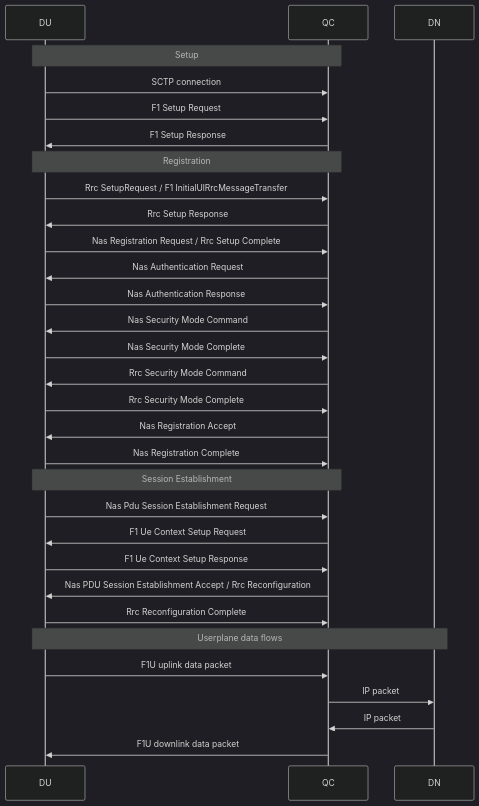
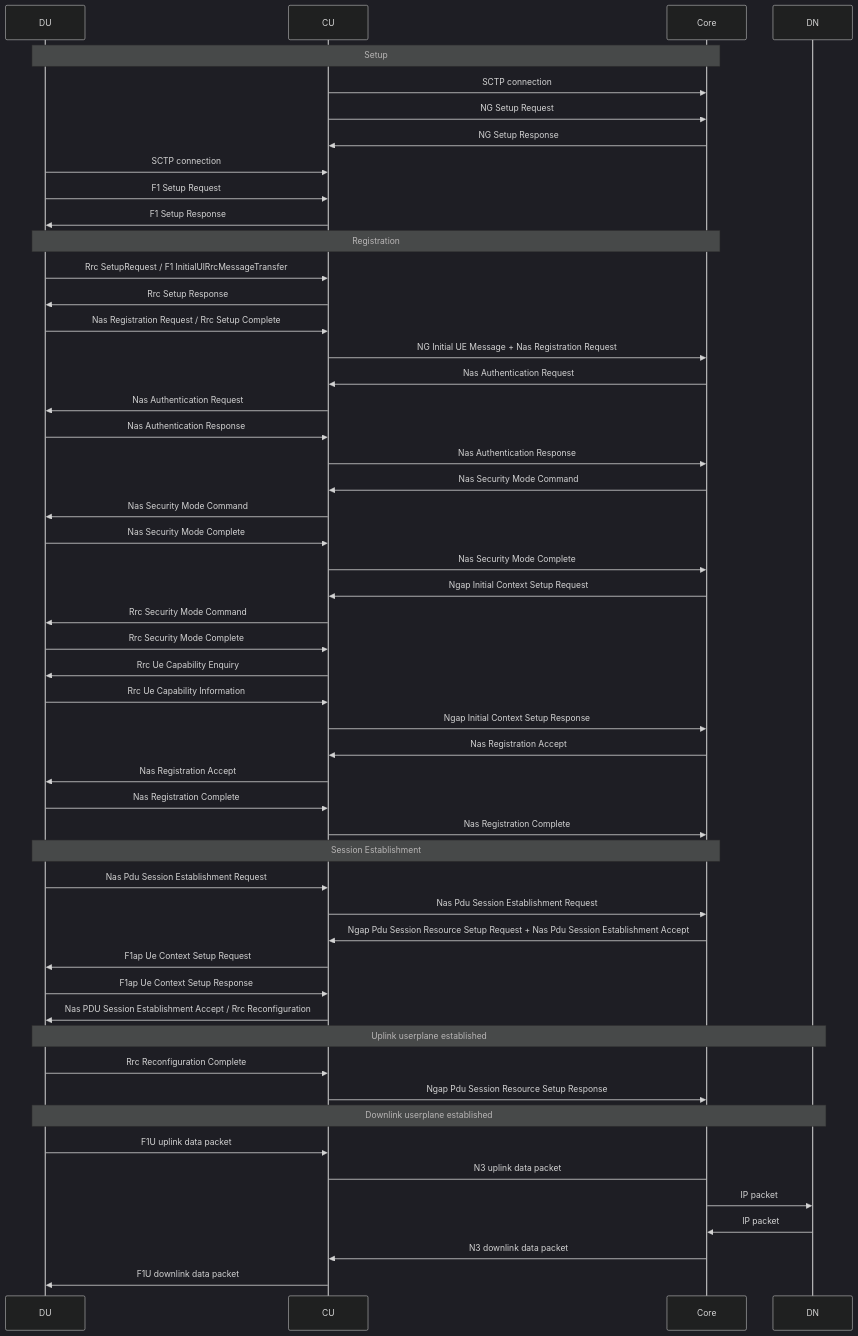
One commit to Jojeker/qcore changed the diagram in docs/designs - existing/attach.md. Above: the diagram before and after it, drawn with Mermaid (dark theme). The commit also changed other lines of this file and 67 other files, not shown here.

````diff
--- a/docs/designs - existing/attach.md
+++ b/docs/designs - existing/attach.md
@@ -9,33 +10,54 @@
 ```mermaid
 sequenceDiagram
   participant DU
-  participant QC
+  participant CU
+  participant Core
   participant DN
-  Note over DU,QC: Setup
-  DU->>QC: SCTP connection
-  DU->>QC: F1 Setup Request
-  QC->>DU: F1 Setup Response
-  Note over DU,QC: Registration
-  DU->>QC: Rrc SetupRequest / F1 InitialUlRrcMessageTransfer 
-  QC->>DU: Rrc Setup Response 
-  DU->>QC: Nas Registration Request / Rrc Setup Complete 
-  QC->>DU: Nas Authentication Request 
-  DU->>QC: Nas Authentication Response
-  QC->>DU: Nas Security Mode Command
-  DU->>QC: Nas Security Mode Complete
-  QC->>DU: Rrc Security Mode Command 
-  DU->>QC: Rrc Security Mode Complete
-  QC->>DU: Nas Registration Accept
-  DU->>QC: Nas Registration Complete
-  Note over DU,QC: Session Establishment
-  DU->>QC: Nas Pdu Session Establishment Request
-  QC->>DU: F1 Ue Context Setup Request
-  DU->>QC: F1 Ue Context Setup Response
-  QC->>DU: Nas PDU Session Establishment Accept / Rrc Reconfiguration 
-  DU->>QC: Rrc Reconfiguration Complete 
-  Note over DU,DN: Userplane data flows
-  DU->>QC: F1U uplink data packet
-  QC->>DN: IP packet
-  DN->>QC: IP packet
-  QC->>DU: F1U downlink data packet
+  Note over DU,Core: Setup
+  CU->>Core: SCTP connection
+  CU->>Core: NG Setup Request
+  Core->>CU: NG Setup Response
+  DU->>CU: SCTP connection
+  DU->>CU: F1 Setup Request
+  CU->>DU: F1 Setup Response
+  Note over DU,Core: Registration
+  DU->>CU: Rrc SetupRequest / F1 InitialUlRrcMessageTransfer 
+  CU->>DU: Rrc Setup Response 
+  DU->>CU: Nas Registration Request / Rrc Setup Complete 
+  CU->>Core: NG Initial UE Message + Nas Registration Request
+  Core->>CU: Nas Authentication Request 
+  CU->>DU: Nas Authentication Request 
+  DU->>CU: Nas Authentication Response
+  CU->>Core: Nas Authentication Response
+  Core->>CU: Nas Security Mode Command 
+  CU->>DU: Nas Security Mode Command
+  DU->>CU: Nas Security Mode Complete
+  CU->>Core: Nas Security Mode Complete
+  Core->>CU: Ngap Initial Context Setup Request
+  CU->>DU: Rrc Security Mode Command 
+  DU->>CU: Rrc Security Mode Complete
+  CU->>DU: Rrc Ue Capability Enquiry 
+  DU->>CU: Rrc Ue Capability Information
+  CU->>Core: Ngap Initial Context Setup Response
+  Core->>CU: Nas Registration Accept
+  CU->>DU: Nas Registration Accept
+  DU->>CU: Nas Registration Complete
+  CU->>Core: Nas Registration Complete
+  Note over DU,Core: Session Establishment
+  DU->>CU: Nas Pdu Session Establishment Request
+  CU->>Core: Nas Pdu Session Establishment Request
+  Core->>CU: Ngap Pdu Session Resource Setup Request  + Nas Pdu Session Establishment Accept
+  CU->>DU: F1ap Ue Context Setup Request
+  DU->>CU: F1ap Ue Context Setup Response
+  CU->>DU: Nas PDU Session Establishment Accept / Rrc Reconfiguration 
+  Note over DU,DN: Uplink userplane established
+  DU->>CU: Rrc Reconfiguration Complete 
+  CU->>Core: Ngap Pdu Session Resource Setup Response 
+  Note over DU,DN: Downlink userplane established
+  DU->>CU: F1U uplink data packet
+  CU->Core: N3 uplink data packet
+  Core->>DN: IP packet
+  DN->>Core: IP packet
+  Core->>CU: N3 downlink data packet
+  CU->>DU: F1U downlink data packet
 ```
````
